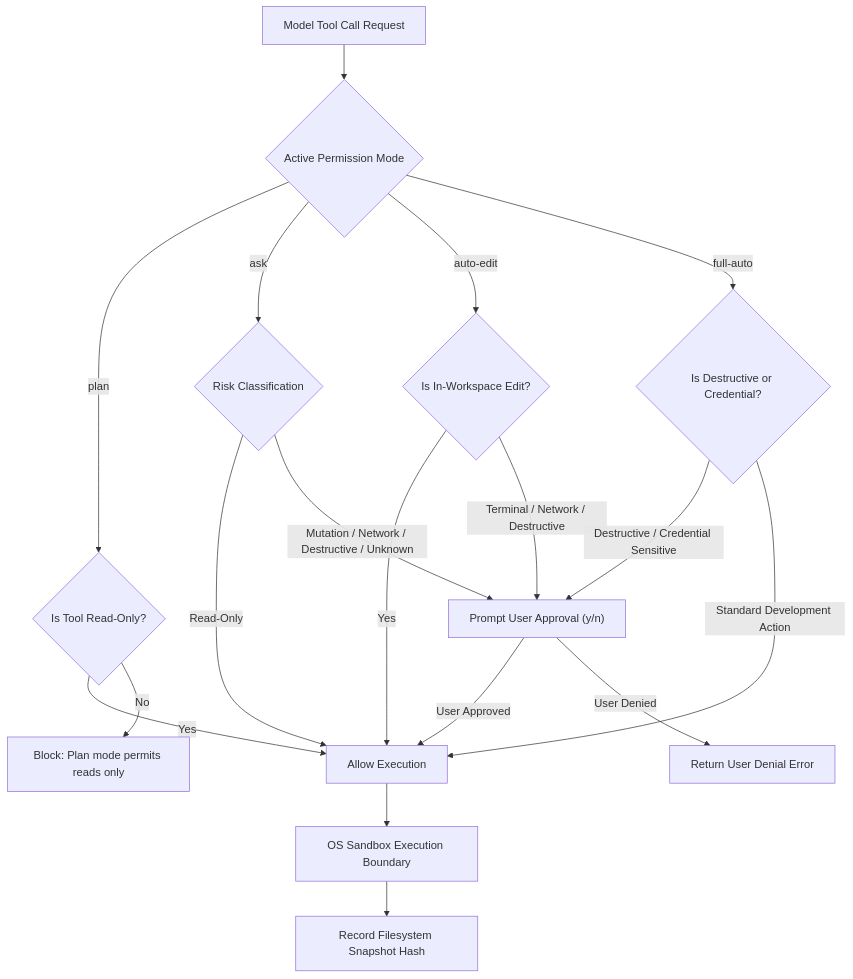
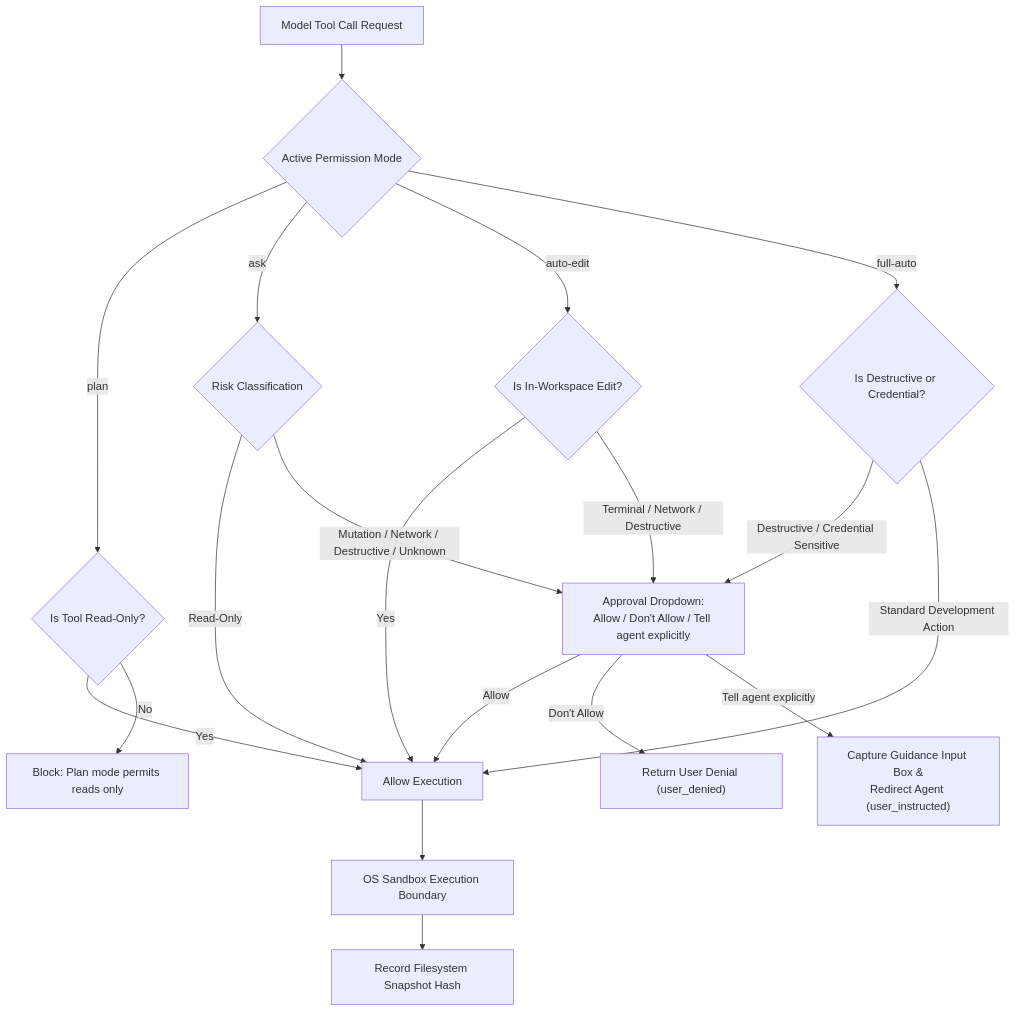
The seventh of 10 diagrams in ARCHITECTURE.md (Sumit-Prasad01/Relay), drawn with Mermaid before and after one commit. The commit also changed other lines of this file and 23 other files, not shown here.

Commit message:
feat(ui,runtime): add syntax-highlighted tool previews, 3-option approval dropdown, patch applier, Windows path/venv fixes, and 128k budget

````diff
--- a/ARCHITECTURE.md
+++ b/ARCHITECTURE.md
@@ -297,25 +302,26 @@
 ```mermaid
 flowchart TD
     ToolCall["Model Tool Call Request"] --> ModeCheck{"Active Permission Mode"}
 
     ModeCheck -- "plan" --> PlanGate{"Is Tool Read-Only?"}
     PlanGate -- "Yes" --> AllowExec["Allow Execution"]
     PlanGate -- "No" --> BlockPlan["Block: Plan mode permits reads only"]
 
     ModeCheck -- "ask" --> AskGate{"Risk Classification"}
     AskGate -- "Read-Only" --> AllowExec
-    AskGate -- "Mutation / Network / Destructive / Unknown" --> PromptUser["Prompt User Approval (y/n)"]
-    PromptUser -- "User Approved" --> AllowExec
-    PromptUser -- "User Denied" --> BlockAsk["Return User Denial Error"]
+    AskGate -- "Mutation / Network / Destructive / Unknown" --> PromptUser["Approval Dropdown:<br/>Allow / Don't Allow / Tell agent explicitly"]
+    PromptUser -- "Allow" --> AllowExec
+    PromptUser -- "Don't Allow" --> BlockAsk["Return User Denial (user_denied)"]
+    PromptUser -- "Tell agent explicitly" --> InstructAgent["Capture Guidance Input Box &<br/>Redirect Agent (user_instructed)"]
 
     ModeCheck -- "auto-edit" --> AutoGate{"Is In-Workspace Edit?"}
     AutoGate -- "Yes" --> AllowExec
     AutoGate -- "Terminal / Network / Destructive" --> PromptUser
 
     ModeCheck -- "full-auto" --> FullGate{"Is Destructive or Credential?"}
     FullGate -- "Destructive / Credential Sensitive" --> PromptUser
     FullGate -- "Standard Development Action" --> AllowExec
 
     AllowExec --> Sandbox["OS Sandbox Execution Boundary"]
     Sandbox --> Snapshot["Record Filesystem Snapshot Hash"]
 ```
````
